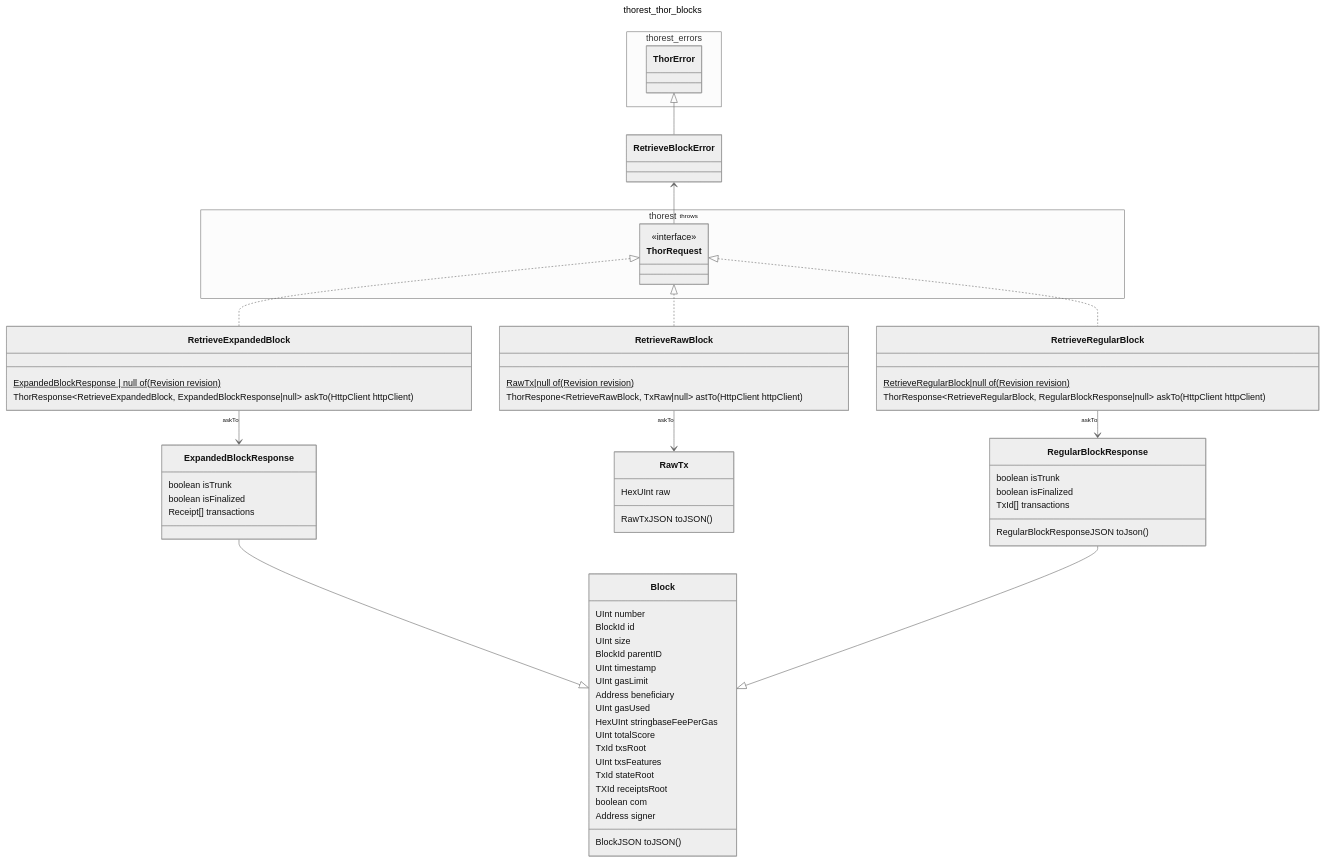
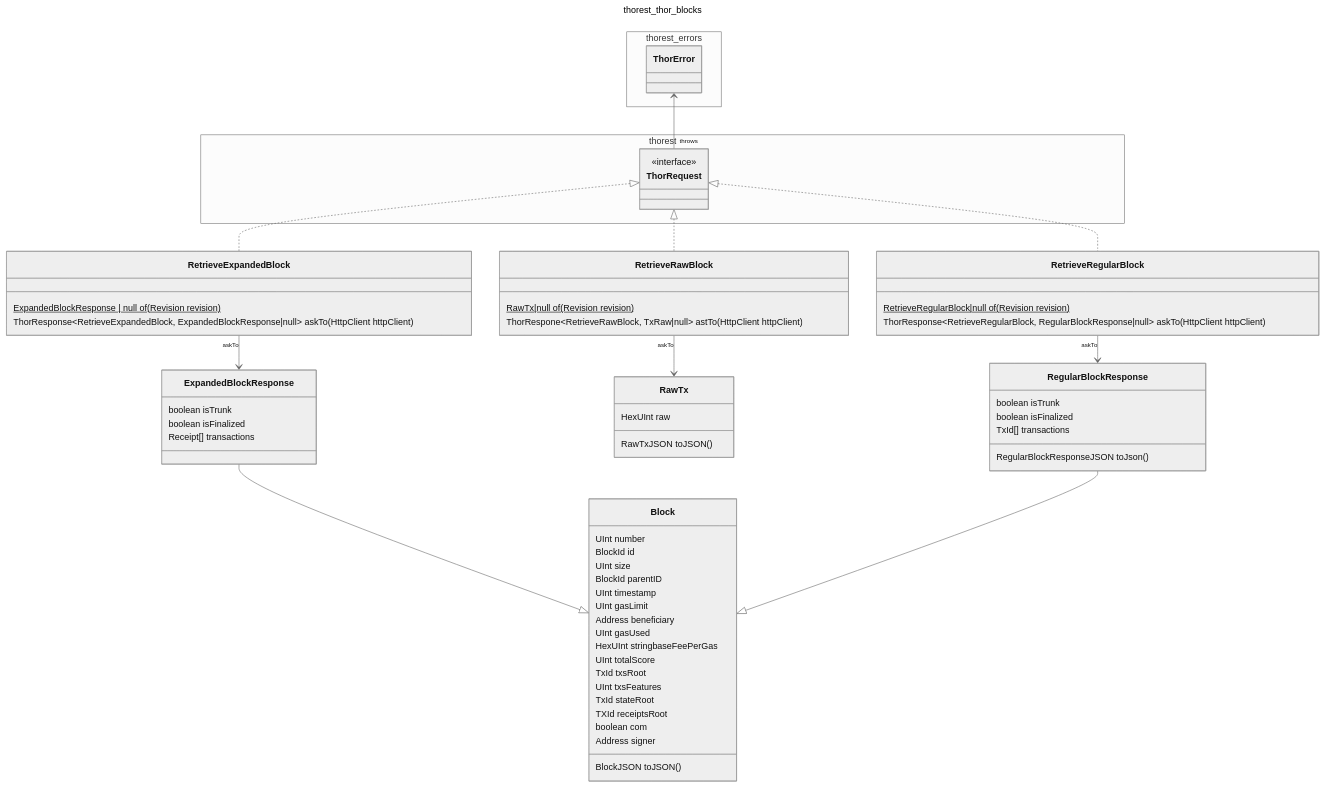
One commit to vechain/vechain-sdk-js changed the diagram in docs/thorest/thor/blocks/blocks.mmd. Above: the diagram before and after it, drawn with Mermaid (neutral theme). The commit also changed 3 other files, not shown here.

```diff
--- a/docs/thorest/thor/blocks/blocks.mmd
+++ b/docs/thorest/thor/blocks/blocks.mmd
@@ -1,69 +1,67 @@
 ---
 title: thorest_thor_blocks
 ---
 classDiagram
     namespace thorest {
         class ThorRequest {
             <<interface>>
         }
     }
     namespace thorest_errors {
         class ThorError
     }
     class Block {
         UInt number
         BlockId id
         UInt size
         BlockId parentID
         UInt timestamp
         UInt gasLimit
         Address beneficiary
         UInt gasUsed
         HexUInt stringbaseFeePerGas
         UInt totalScore
         TxId txsRoot
         UInt txsFeatures
         TxId stateRoot
         TXId receiptsRoot
         boolean com
         Address signer
         BlockJSON toJSON()
     }
     class ExpandedBlockResponse {
         boolean isTrunk
         boolean isFinalized
         Receipt[] transactions
     }
     class RawTx {
         HexUInt raw
         RawTxJSON toJSON()
     }
-    class RetrieveBlockError
     class RegularBlockResponse {
         boolean isTrunk
         boolean isFinalized
         TxId[]  transactions
         RegularBlockResponseJSON toJson()
     }
     class RetrieveExpandedBlock {
         ExpandedBlockResponse | null of(Revision revision)$
         ThorResponse~RetrieveExpandedBlock, ExpandedBlockResponse|null~ askTo(HttpClient httpClient)
     }
     class RetrieveRawBlock {
         RawTx|null of(Revision revision)$
         ThorRespone~RetrieveRawBlock, TxRaw|null~ astTo(HttpClient httpClient)
     }
     class RetrieveRegularBlock {
         RetrieveRegularBlock|null of(Revision revision)$
         ThorResponse~RetrieveRegularBlock, RegularBlockResponse|null~ askTo(HttpClient httpClient)
     }
-    ThorError <|-- RetrieveBlockError
     ThorRequest <|.. RetrieveExpandedBlock
     ThorRequest <|.. RetrieveRawBlock
     ThorRequest <|.. RetrieveRegularBlock
     ExpandedBlockResponse --|> Block
     RegularBlockResponse --|> Block
     RetrieveExpandedBlock "askTo" --> ExpandedBlockResponse
     RetrieveRawBlock "askTo" --> RawTx
     RetrieveRegularBlock "askTo" --> RegularBlockResponse
-    RetrieveBlockError <-- "throws" ThorRequest
+    ThorError <-- "throws" ThorRequest
```
